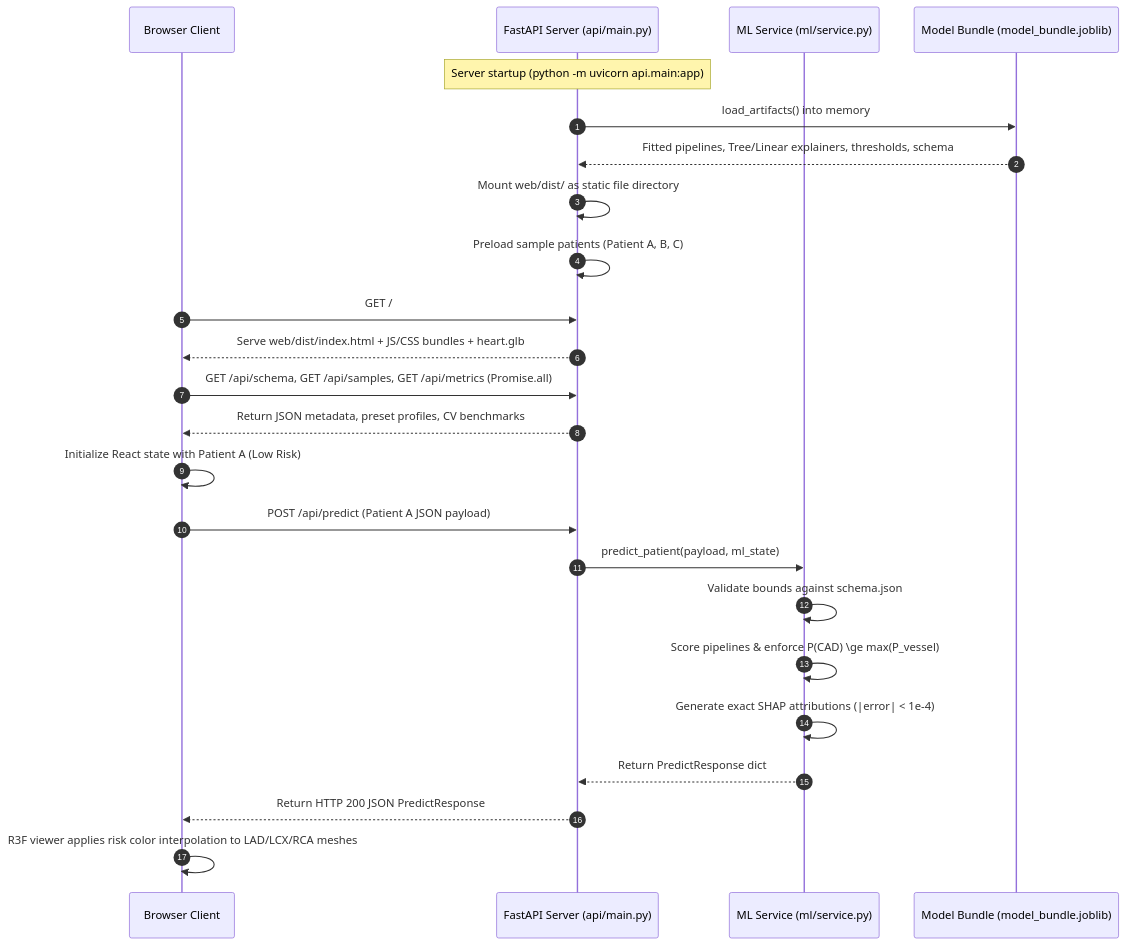
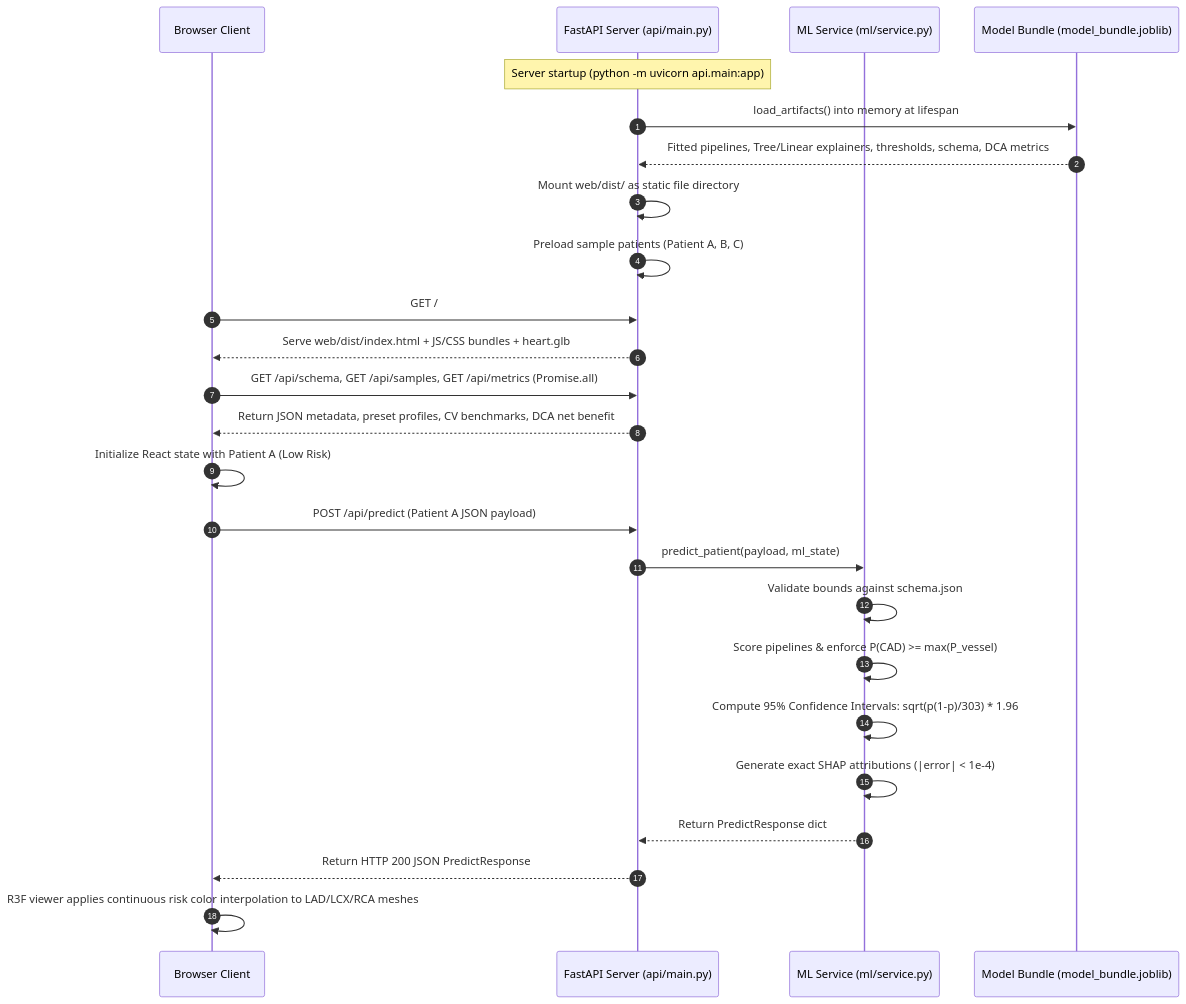
The second of 5 diagrams in ARCHITECTURE.md (hackerabi2005/cad), drawn with Mermaid before and after one commit. The commit also changed other lines of this file, not shown here.

Commit message:
docs: enrich ARCHITECTURE.md with full system blueprint, diagrams, file catalogs, and math formulas

````diff
--- a/ARCHITECTURE.md
+++ b/ARCHITECTURE.md
@@ -158,30 +228,31 @@
 ```mermaid
 sequenceDiagram
     autonumber
     participant Browser as Browser Client
     participant FastAPI as FastAPI Server (api/main.py)
     participant Service as ML Service (ml/service.py)
     participant Bundle as Model Bundle (model_bundle.joblib)
 
     Note over FastAPI: Server startup (python -m uvicorn api.main:app)
-    FastAPI->>Bundle: load_artifacts() into memory
-    Bundle-->>FastAPI: Fitted pipelines, Tree/Linear explainers, thresholds, schema
+    FastAPI->>Bundle: load_artifacts() into memory at lifespan
+    Bundle-->>FastAPI: Fitted pipelines, Tree/Linear explainers, thresholds, schema, DCA metrics
     FastAPI->>FastAPI: Mount web/dist/ as static file directory
     FastAPI->>FastAPI: Preload sample patients (Patient A, B, C)
 
     Browser->>FastAPI: GET /
     FastAPI-->>Browser: Serve web/dist/index.html + JS/CSS bundles + heart.glb
     
     Browser->>FastAPI: GET /api/schema, GET /api/samples, GET /api/metrics (Promise.all)
-    FastAPI-->>Browser: Return JSON metadata, preset profiles, CV benchmarks
+    FastAPI-->>Browser: Return JSON metadata, preset profiles, CV benchmarks, DCA net benefit
     
     Browser->>Browser: Initialize React state with Patient A (Low Risk)
     Browser->>FastAPI: POST /api/predict (Patient A JSON payload)
     FastAPI->>Service: predict_patient(payload, ml_state)
     Service->>Service: Validate bounds against schema.json
-    Service->>Service: Score pipelines & enforce P(CAD) \ge max(P_vessel)
+    Service->>Service: Score pipelines & enforce P(CAD) >= max(P_vessel)
+    Service->>Service: Compute 95% Confidence Intervals: sqrt(p(1-p)/303) * 1.96
     Service->>Service: Generate exact SHAP attributions (|error| < 1e-4)
     Service-->>FastAPI: Return PredictResponse dict
     FastAPI-->>Browser: Return HTTP 200 JSON PredictResponse
-    Browser->>Browser: R3F viewer applies risk color interpolation to LAD/LCX/RCA meshes
+    Browser->>Browser: R3F viewer applies continuous risk color interpolation to LAD/LCX/RCA meshes
 ```
````
